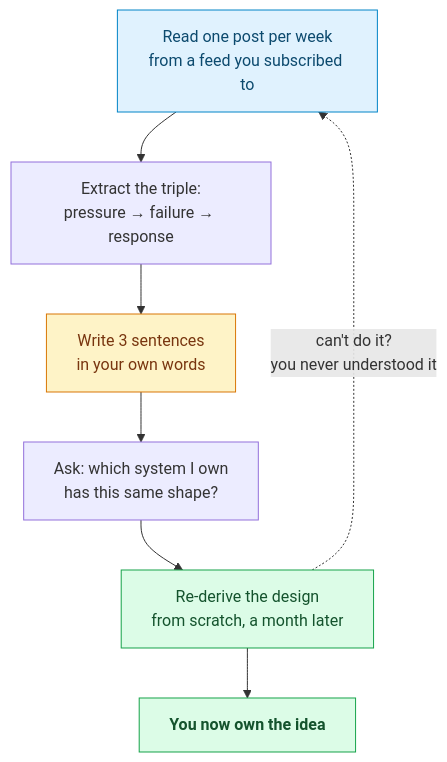
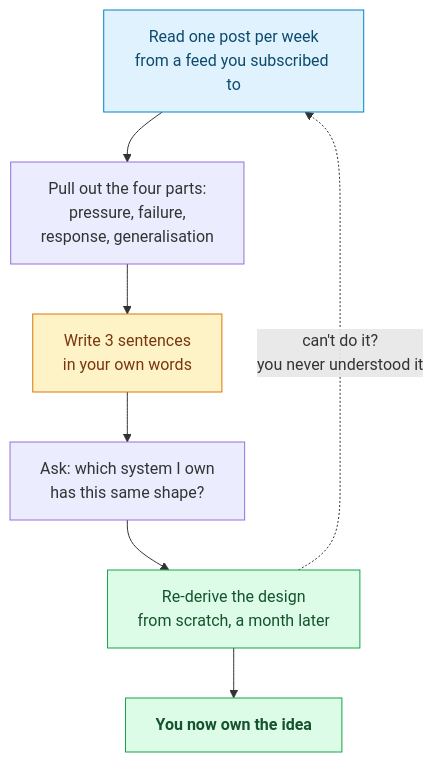
The second of 2 diagrams in content/posts/2026/what-to-read-next.md (devops-monk/system-design-blog), drawn with Mermaid before and after one commit. The commit also changed other lines of this file and 2 other files, not shown here.

````diff
--- a/content/posts/2026/what-to-read-next.md
+++ b/content/posts/2026/what-to-read-next.md
@@ -232,17 +214,17 @@
 ```mermaid
 flowchart TD
     A["Read one post per week<br/>from a feed you subscribed to"]
-    B["Extract the triple:<br/>pressure → failure → response"]
+    B["Pull out the four parts:<br/>pressure, failure,<br/>response, generalisation"]
     C["Write 3 sentences<br/>in your own words"]
     D["Ask: which system I own<br/>has this same shape?"]
     E["Re-derive the design<br/>from scratch, a month later"]
     F["<b>You now own the idea</b>"]
 
     A --> B --> C --> D --> E --> F
     E -.->|"can't do it?<br/>you never understood it"| A
 
     style A fill:#e0f2fe,stroke:#0284c7,color:#0c4a6e
     style C fill:#fef3c7,stroke:#d97706,color:#78350f
     style E fill:#dcfce7,stroke:#16a34a,color:#14532d
     style F fill:#dcfce7,stroke:#16a34a,color:#14532d
 ```
````
